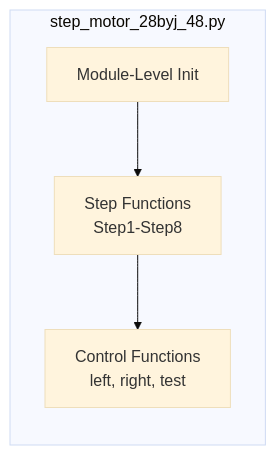
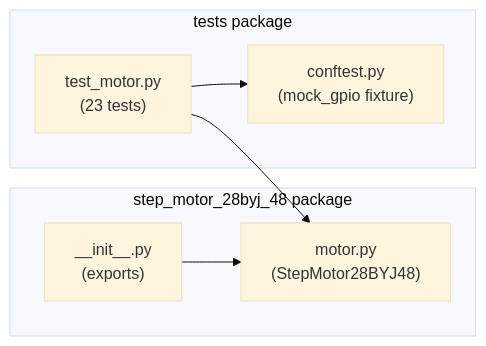
The diagram in .agents/summary/components.md (frankenwino/step_motor_28byj_48), drawn with Mermaid (base theme) before and after one commit. The commit also changed other lines of this file and 8 other files, not shown here.

First line of the commit message:
Refactor step_motor_28byj_48 documentation and code structure

````diff
--- a/.agents/summary/components.md
+++ b/.agents/summary/components.md
@@ -7,11 +7,14 @@
 ```mermaid
 graph LR
-    subgraph "step_motor_28byj_48.py"
-        direction TB
-        INIT[Module-Level Init]
-        STEPS[Step Functions<br/>Step1-Step8]
-        CTRL[Control Functions<br/>left, right, test]
+    subgraph "step_motor_28byj_48 package"
+        INIT["__init__.py<br/>(exports)"]
+        MOTOR["motor.py<br/>(StepMotor28BYJ48)"]
     end
-    INIT --> STEPS
-    STEPS --> CTRL
+    subgraph "tests package"
+        CONF["conftest.py<br/>(mock_gpio fixture)"]
+        TEST["test_motor.py<br/>(23 tests)"]
+    end
+    INIT --> MOTOR
+    TEST --> CONF
+    TEST --> MOTOR
 ```
````
